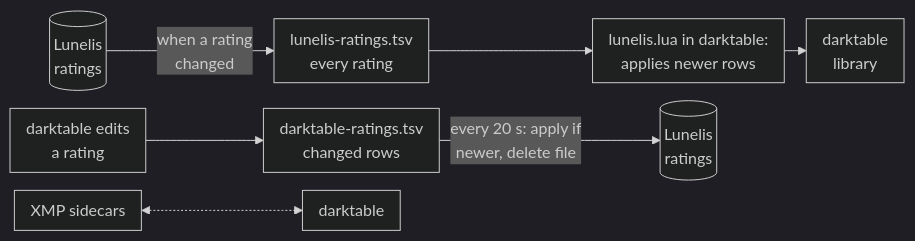
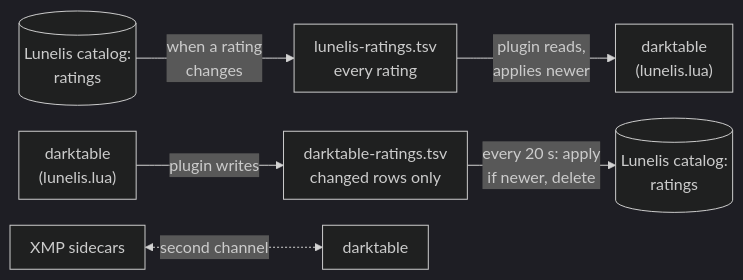
Diagram 12 of 14 in docs/src/dataflow-lunelis.md (AxialForge/Lunelis), drawn with Mermaid (dark theme) before and after one commit. The commit also changed other lines of this file and 9 other files, not shown here.

Commit message:
Add engine, data-flow and audit pilot documents; kit fixes for table widths

````diff
--- a/docs/src/dataflow-lunelis.md
+++ b/docs/src/dataflow-lunelis.md
@@ -399,7 +397,7 @@
 ```mermaid darktable bridge. Two TSV files in one exchange folder; the newest change wins. XMP sidecars are a second channel.
-%%{init: {"flowchart": {"rankSpacing": 22, "nodeSpacing": 18, "padding": 8}}}%%
+%%{init: {"flowchart": {"rankSpacing": 30, "nodeSpacing": 26, "padding": 10}}}%%
 flowchart LR
-  C1[("Lunelis<br/>ratings")] -- "when a rating<br/>changed" --> T1["lunelis-ratings.tsv<br/>every rating"] --> L["lunelis.lua in darktable:<br/>applies newer rows"] --> D1["darktable<br/>library"]
-  D2["darktable edits<br/>a rating"] --> T2["darktable-ratings.tsv<br/>changed rows"] -- "every 20 s: apply if<br/>newer, delete file" --> C2[("Lunelis<br/>ratings")]
-  X["XMP sidecars"] <-.-> D3["darktable"]
+  C1[("Lunelis catalog:<br/>ratings")] -- "when a rating<br/>changes" --> T1["lunelis-ratings.tsv<br/>every rating"] -- "plugin reads,<br/>applies newer" --> D1["darktable<br/>(lunelis.lua)"]
+  D2["darktable<br/>(lunelis.lua)"] -- "plugin writes" --> T2["darktable-ratings.tsv<br/>changed rows only"] -- "every 20 s: apply<br/>if newer, delete" --> C2[("Lunelis catalog:<br/>ratings")]
+  X["XMP sidecars"] <-. "second channel" .-> D3["darktable"]
 ```
````
